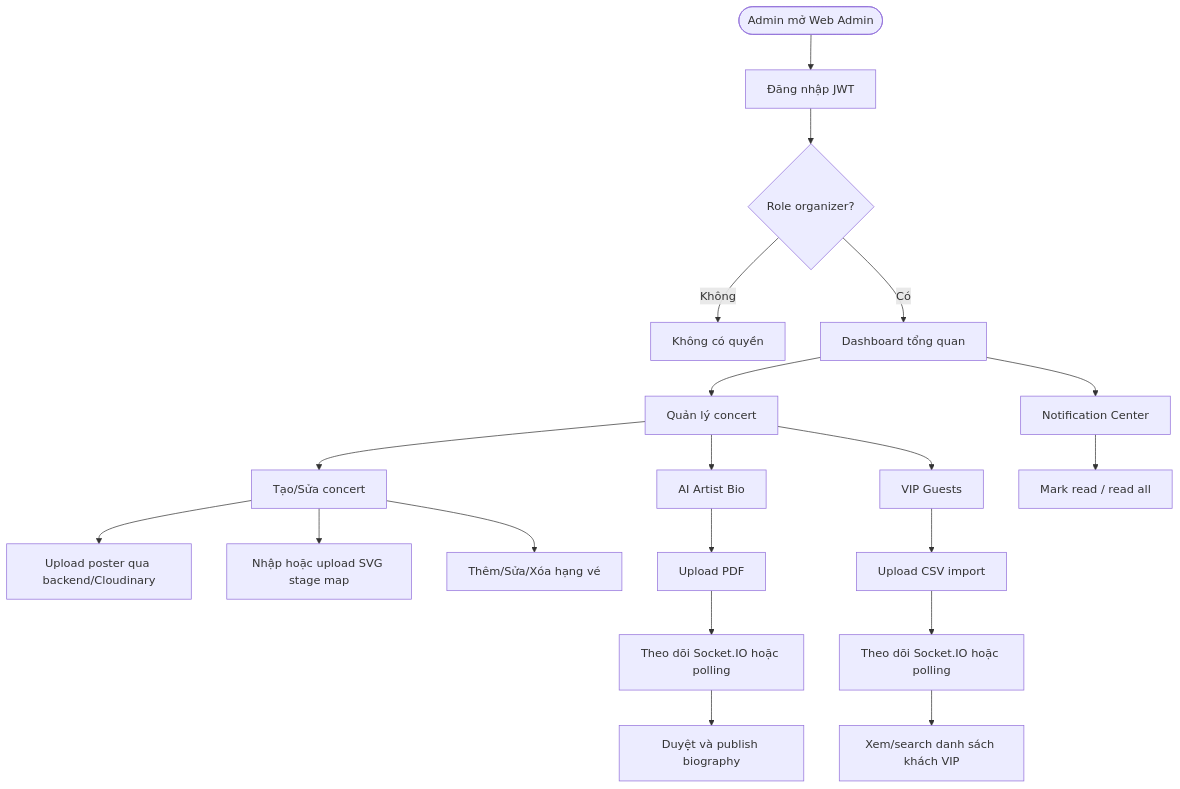
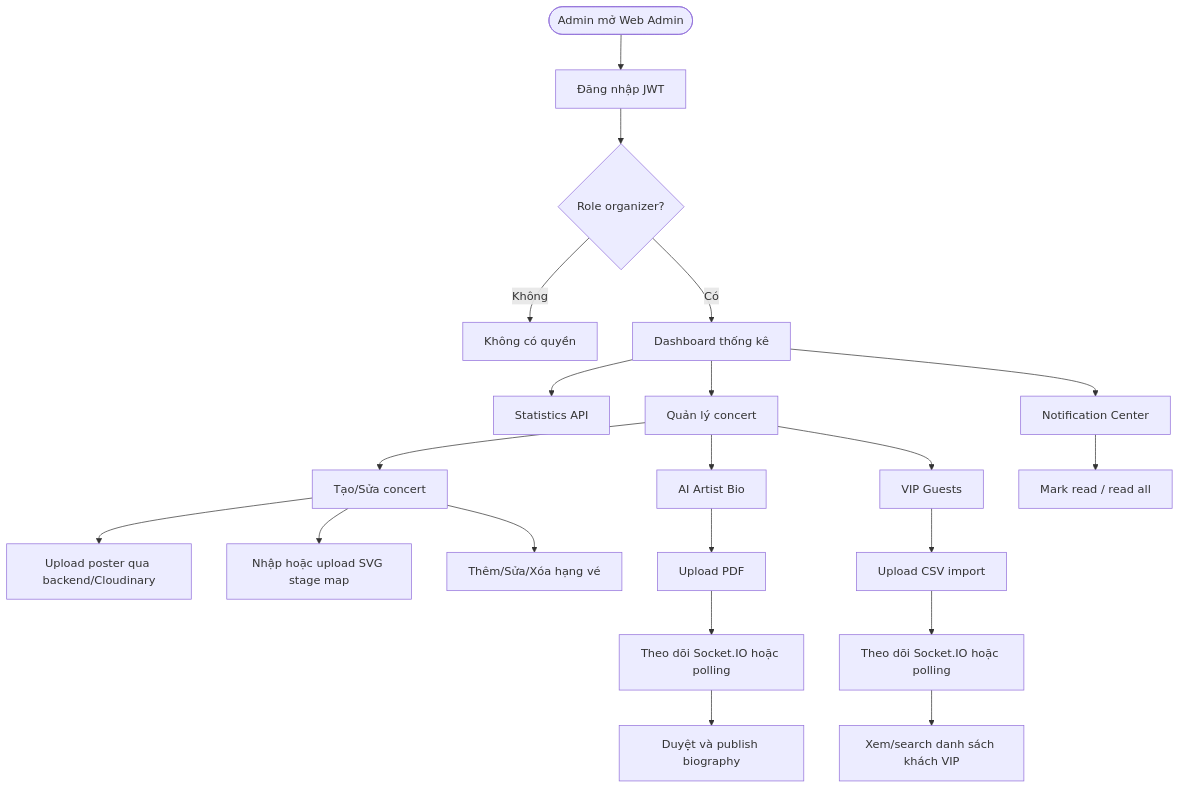
The diagram in docs/admin-tools.specs.md (thuytranj/TicketBox), drawn with Mermaid before and after one commit. The commit also changed other lines of this file and 5 other files, not shown here.

Commit message:
feat(fe): integrate admin dashboard statistics API

````diff
--- a/docs/admin-tools.specs.md
+++ b/docs/admin-tools.specs.md
@@ -11,26 +11,27 @@
 ```mermaid
 flowchart TD
     Start([Admin mở Web Admin]) --> Login[Đăng nhập JWT]
     Login --> Guard{Role organizer?}
     Guard -->|Không| Unauthorized[Không có quyền]
-    Guard -->|Có| Dashboard[Dashboard tổng quan]
+    Guard -->|Có| Dashboard[Dashboard thống kê]
 
+    Dashboard --> Stats[Statistics API]
     Dashboard --> Concerts[Quản lý concert]
     Concerts --> CreateEdit[Tạo/Sửa concert]
     CreateEdit --> Poster[Upload poster qua backend/Cloudinary]
     CreateEdit --> StageMap[Nhập hoặc upload SVG stage map]
     CreateEdit --> TicketTypes[Thêm/Sửa/Xóa hạng vé]
 
     Concerts --> AIBio[AI Artist Bio]
     AIBio --> UploadPDF[Upload PDF]
     UploadPDF --> BioStatus[Theo dõi Socket.IO hoặc polling]
     BioStatus --> ConfirmBio[Duyệt và publish biography]
 
     Concerts --> Guests[VIP Guests]
     Guests --> UploadCSV[Upload CSV import]
     UploadCSV --> ImportStatus[Theo dõi Socket.IO hoặc polling]
     ImportStatus --> GuestList[Xem/search danh sách khách VIP]
 
     Dashboard --> Notifications[Notification Center]
     Notifications --> ReadState[Mark read / read all]
 ```
````
